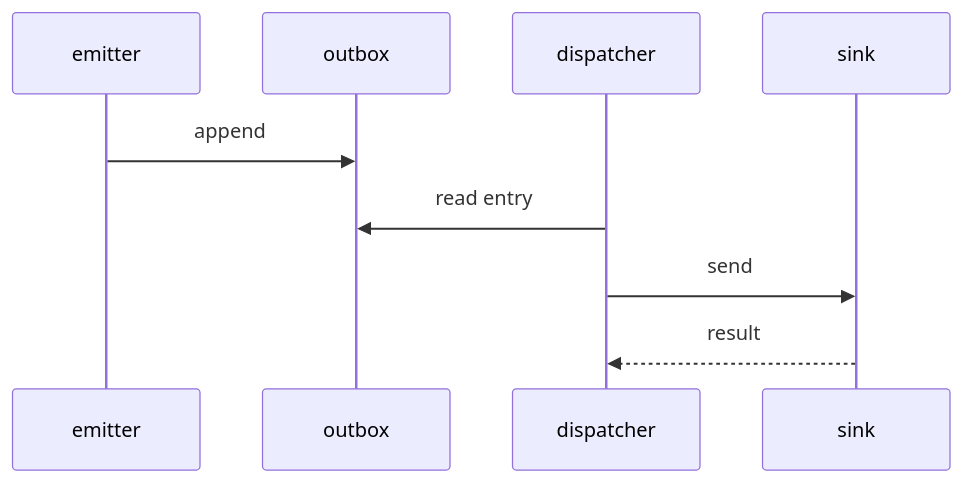
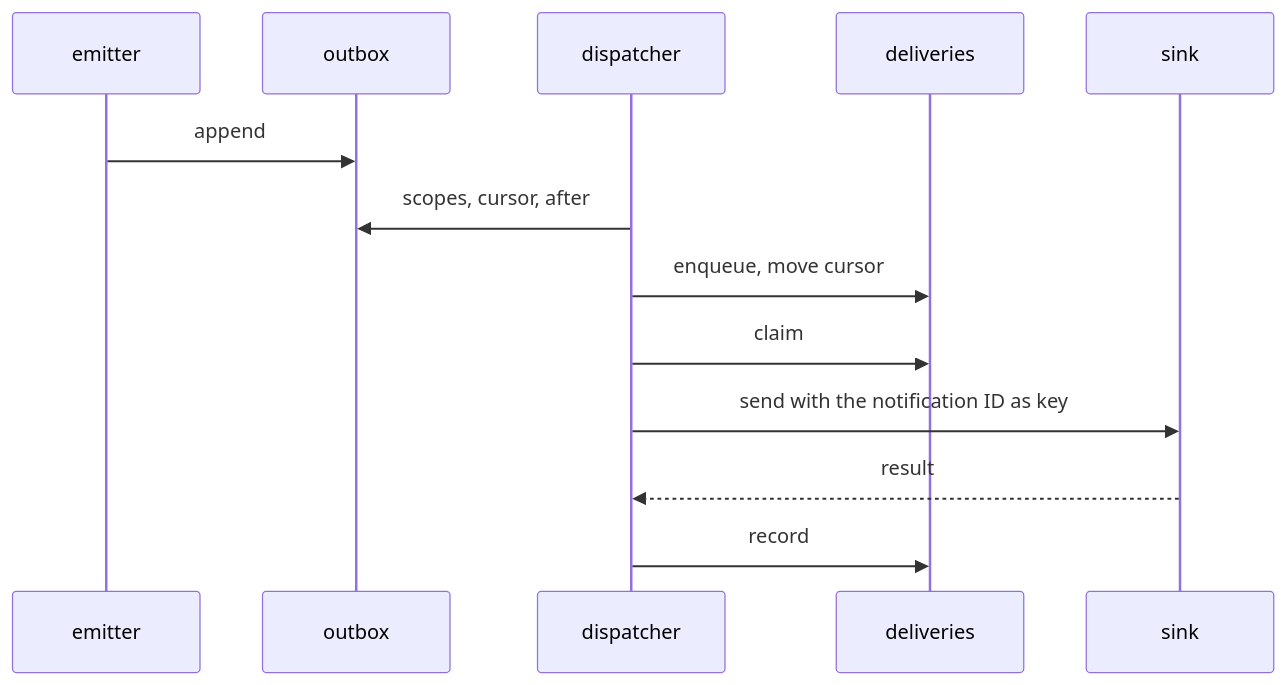
One commit to OpenDustpan/OpenDustpan changed the first of 6 diagrams in openspec/changes/chat-a2-outbox-deliveries-dispatcher/design.md. Above: the diagram before and after it, drawn with Mermaid. The commit also changed other lines of this file and 3 other files, not shown here.

````diff
--- a/openspec/changes/chat-a2-outbox-deliveries-dispatcher/design.md
+++ b/openspec/changes/chat-a2-outbox-deliveries-dispatcher/design.md
@@ -24,11 +57,15 @@
 ```mermaid
 sequenceDiagram
 participant E as emitter
 participant O as outbox
 participant D as dispatcher
+participant Q as deliveries
 participant S as sink
 E->>O: append
-D->>O: read entry
-D->>S: send
+D->>O: scopes, cursor, after
+D->>Q: enqueue, move cursor
+D->>Q: claim
+D->>S: send with the notification ID as key
 S-->>D: result
+D->>Q: record
 ```
````
